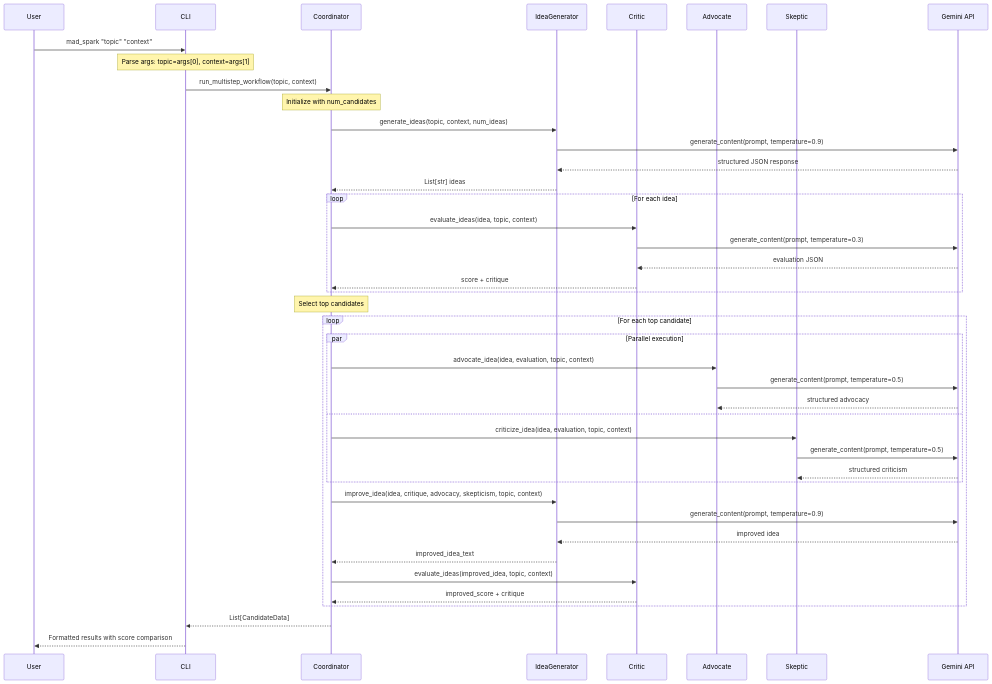
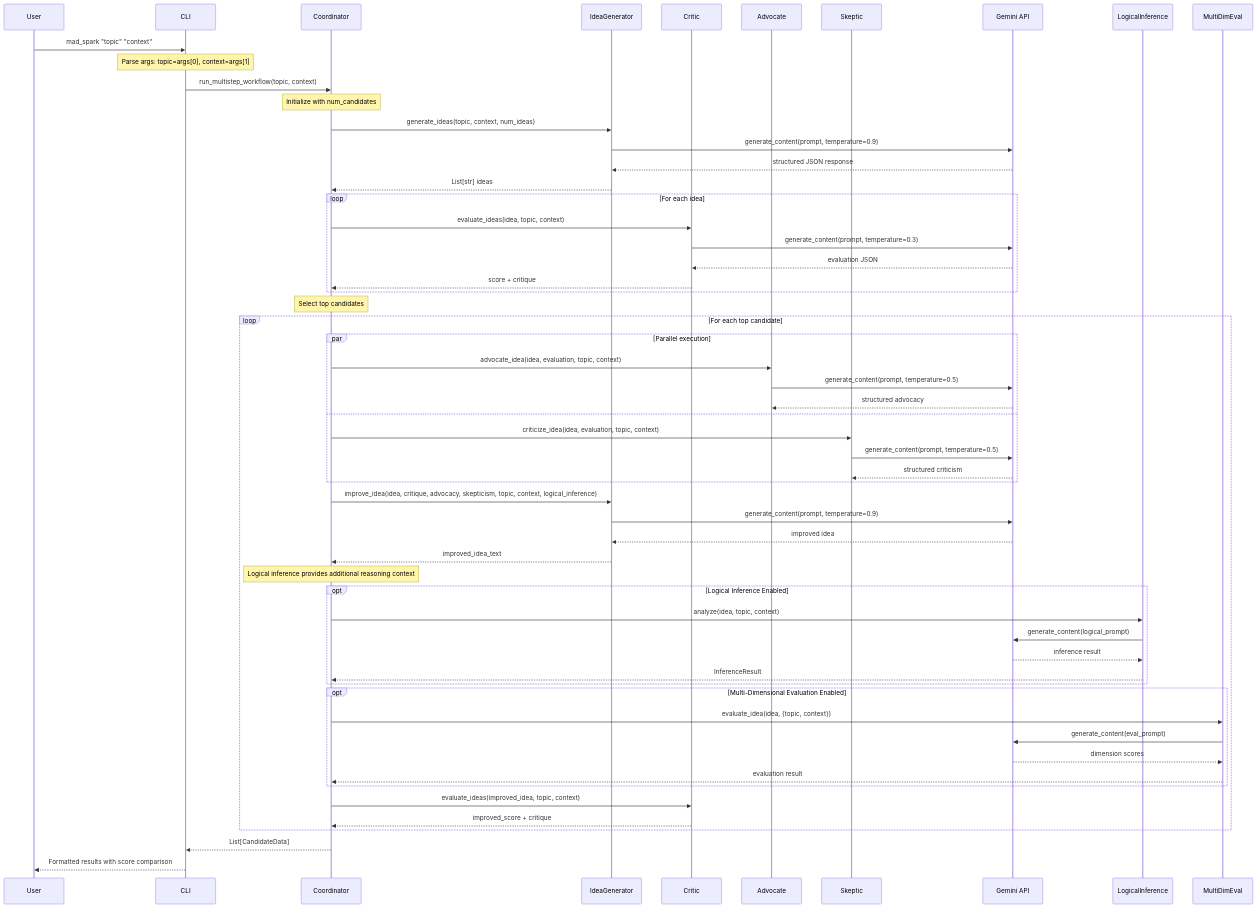
The diagram in docs/ARCHITECTURE.md (TheIllusionOfLife/Eureka), drawn with Mermaid before and after one commit. The commit also changed other lines of this file and 1 other file, not shown here.

First line of the commit message:
feat: integrate logical inference into idea improvement process

````diff
--- a/docs/ARCHITECTURE.md
+++ b/docs/ARCHITECTURE.md
@@ -102,54 +102,70 @@
 ```mermaid
 sequenceDiagram
     participant User
     participant CLI
     participant Coordinator
     participant IdeaGen as IdeaGenerator
     participant Critic
     participant Advocate
     participant Skeptic
     participant GeminiAPI as Gemini API
 
     User->>CLI: mad_spark "topic" "context"
     Note over CLI: Parse args: topic=args[0], context=args[1]
     
     CLI->>Coordinator: run_multistep_workflow(topic, context)
     Note over Coordinator: Initialize with num_candidates
     
     Coordinator->>IdeaGen: generate_ideas(topic, context, num_ideas)
     IdeaGen->>GeminiAPI: generate_content(prompt, temperature=0.9)
     GeminiAPI-->>IdeaGen: structured JSON response
     IdeaGen-->>Coordinator: List[str] ideas
     
     loop For each idea
         Coordinator->>Critic: evaluate_ideas(idea, topic, context)
         Critic->>GeminiAPI: generate_content(prompt, temperature=0.3)
         GeminiAPI-->>Critic: evaluation JSON
         Critic-->>Coordinator: score + critique
     end
     
     Note over Coordinator: Select top candidates
     
     loop For each top candidate
         par Parallel execution
             Coordinator->>Advocate: advocate_idea(idea, evaluation, topic, context)
             Advocate->>GeminiAPI: generate_content(prompt, temperature=0.5)
             GeminiAPI-->>Advocate: structured advocacy
         and
             Coordinator->>Skeptic: criticize_idea(idea, evaluation, topic, context)
             Skeptic->>GeminiAPI: generate_content(prompt, temperature=0.5)
             GeminiAPI-->>Skeptic: structured criticism
         end
         
-        Coordinator->>IdeaGen: improve_idea(idea, critique, advocacy, skepticism, topic, context)
+        Coordinator->>IdeaGen: improve_idea(idea, critique, advocacy, skepticism, topic, context, logical_inference)
         IdeaGen->>GeminiAPI: generate_content(prompt, temperature=0.9)
         GeminiAPI-->>IdeaGen: improved idea
         IdeaGen-->>Coordinator: improved_idea_text
+        
+        Note over Coordinator: Logical inference provides additional reasoning context
+        
+        opt Logical Inference Enabled
+            Coordinator->>LogicalInference: analyze(idea, topic, context)
+            LogicalInference->>GeminiAPI: generate_content(logical_prompt)
+            GeminiAPI-->>LogicalInference: inference result
+            LogicalInference-->>Coordinator: InferenceResult
+        end
+        
+        opt Multi-Dimensional Evaluation Enabled
+            Coordinator->>MultiDimEval: evaluate_idea(idea, {topic, context})
+            MultiDimEval->>GeminiAPI: generate_content(eval_prompt)
+            GeminiAPI-->>MultiDimEval: dimension scores
+            MultiDimEval-->>Coordinator: evaluation result
+        end
         
         Coordinator->>Critic: evaluate_ideas(improved_idea, topic, context)
         Critic-->>Coordinator: improved_score + critique
     end
     
     Coordinator-->>CLI: List[CandidateData]
     CLI-->>User: Formatted results with score comparison
 ```
````
